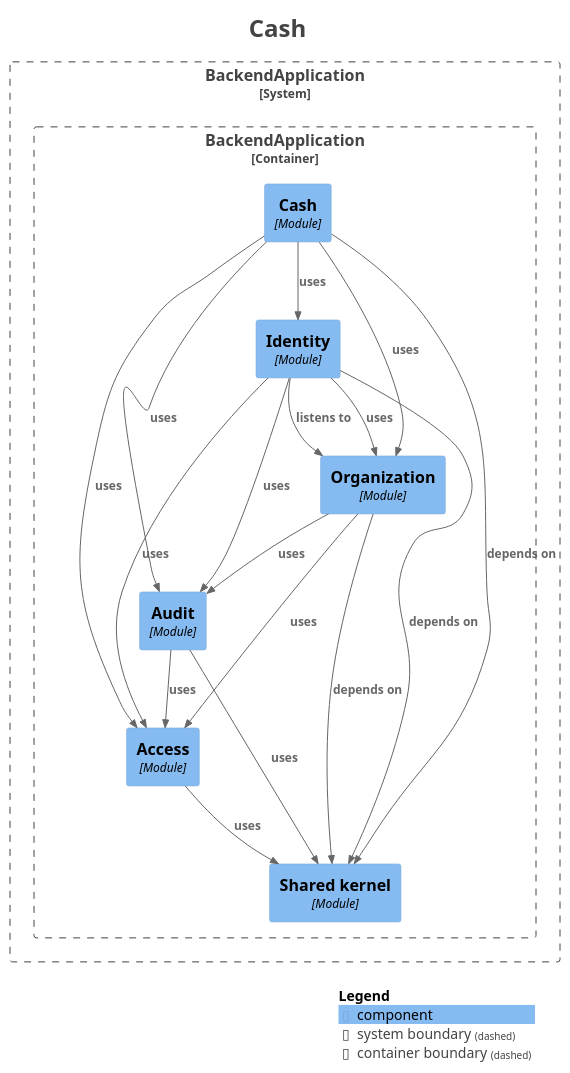
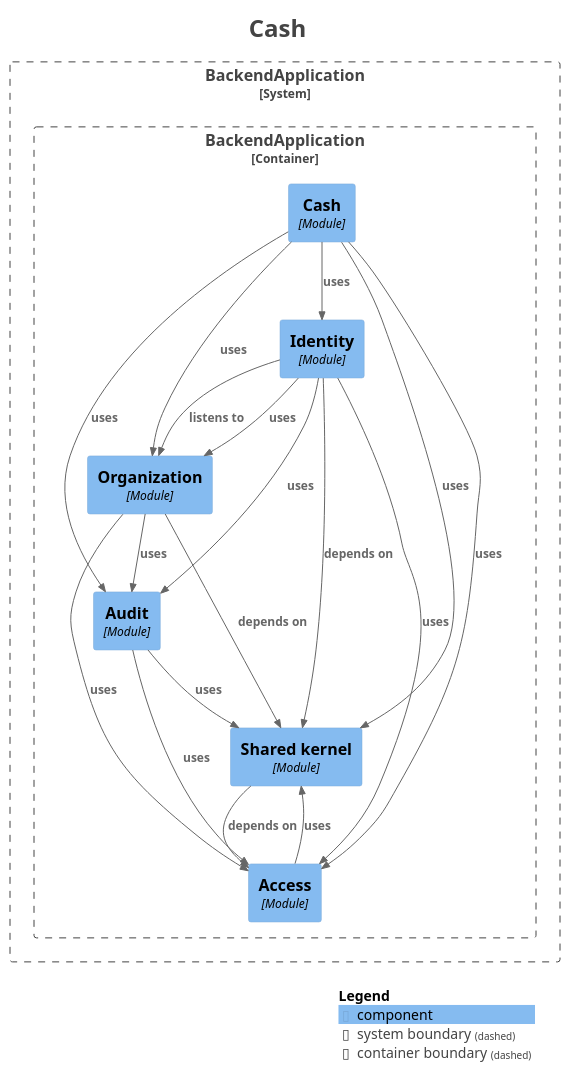
One commit to fxavier/restaurantePRO changed the diagram in docs/architecture/modules/module-cash.puml. Above: the diagram before and after it, drawn with PlantUML. The commit also changed 33 other files, not shown here.

```diff
--- a/docs/architecture/modules/module-cash.puml
+++ b/docs/architecture/modules/module-cash.puml
@@ -1,49 +1,50 @@
 @startuml
 title <size:24>Cash</size>
 
 set separator none
 top to bottom direction
 
 <style>
   root {
     BackgroundColor: #ffffff
     FontColor: #444444
   }
 </style>
 
 !include <C4/C4>
 !include <C4/C4_Context>
 !include <C4/C4_Component>
 
 System_Boundary("BackendApplication_boundary", "BackendApplication", $tags="") {
   Container_Boundary("BackendApplication.BackendApplication_boundary", "BackendApplication", $tags="") {
     Component(BackendApplication.BackendApplication.Identity, "Identity", $techn="Module", $descr="", $tags="", $link="")
-    Component(BackendApplication.BackendApplication.Cash, "Cash", $techn="Module", $descr="", $tags="", $link="")
+    Component(BackendApplication.BackendApplication.Organization, "Organization", $techn="Module", $descr="", $tags="", $link="")
     Component(BackendApplication.BackendApplication.Sharedkernel, "Shared kernel", $techn="Module", $descr="", $tags="", $link="")
     Component(BackendApplication.BackendApplication.Access, "Access", $techn="Module", $descr="", $tags="", $link="")
     Component(BackendApplication.BackendApplication.Audit, "Audit", $techn="Module", $descr="", $tags="", $link="")
-    Component(BackendApplication.BackendApplication.Organization, "Organization", $techn="Module", $descr="", $tags="", $link="")
+    Component(BackendApplication.BackendApplication.Cash, "Cash", $techn="Module", $descr="", $tags="", $link="")
   }
 
 }
 
-Rel(BackendApplication.BackendApplication.Organization, BackendApplication.BackendApplication.Sharedkernel, "depends on", $techn="", $tags="", $link="")
-Rel(BackendApplication.BackendApplication.Organization, BackendApplication.BackendApplication.Audit, "uses", $techn="", $tags="", $link="")
-Rel(BackendApplication.BackendApplication.Organization, BackendApplication.BackendApplication.Access, "uses", $techn="", $tags="", $link="")
-Rel(BackendApplication.BackendApplication.Cash, BackendApplication.BackendApplication.Sharedkernel, "depends on", $techn="", $tags="", $link="")
-Rel(BackendApplication.BackendApplication.Cash, BackendApplication.BackendApplication.Access, "uses", $techn="", $tags="", $link="")
-Rel(BackendApplication.BackendApplication.Cash, BackendApplication.BackendApplication.Audit, "uses", $techn="", $tags="", $link="")
-Rel(BackendApplication.BackendApplication.Cash, BackendApplication.BackendApplication.Organization, "uses", $techn="", $tags="", $link="")
 Rel(BackendApplication.BackendApplication.Cash, BackendApplication.BackendApplication.Identity, "uses", $techn="", $tags="", $link="")
-Rel(BackendApplication.BackendApplication.Audit, BackendApplication.BackendApplication.Access, "uses", $techn="", $tags="", $link="")
-Rel(BackendApplication.BackendApplication.Audit, BackendApplication.BackendApplication.Sharedkernel, "uses", $techn="", $tags="", $link="")
-Rel(BackendApplication.BackendApplication.Access, BackendApplication.BackendApplication.Sharedkernel, "uses", $techn="", $tags="", $link="")
+Rel(BackendApplication.BackendApplication.Cash, BackendApplication.BackendApplication.Sharedkernel, "uses", $techn="", $tags="", $link="")
 Rel(BackendApplication.BackendApplication.Identity, BackendApplication.BackendApplication.Organization, "listens to", $techn="", $tags="", $link="")
 Rel(BackendApplication.BackendApplication.Identity, BackendApplication.BackendApplication.Sharedkernel, "depends on", $techn="", $tags="", $link="")
 Rel(BackendApplication.BackendApplication.Identity, BackendApplication.BackendApplication.Access, "uses", $techn="", $tags="", $link="")
 Rel(BackendApplication.BackendApplication.Identity, BackendApplication.BackendApplication.Audit, "uses", $techn="", $tags="", $link="")
 Rel(BackendApplication.BackendApplication.Identity, BackendApplication.BackendApplication.Organization, "uses", $techn="", $tags="", $link="")
+Rel(BackendApplication.BackendApplication.Sharedkernel, BackendApplication.BackendApplication.Access, "depends on", $techn="", $tags="", $link="")
+Rel(BackendApplication.BackendApplication.Organization, BackendApplication.BackendApplication.Sharedkernel, "depends on", $techn="", $tags="", $link="")
+Rel(BackendApplication.BackendApplication.Organization, BackendApplication.BackendApplication.Audit, "uses", $techn="", $tags="", $link="")
+Rel(BackendApplication.BackendApplication.Organization, BackendApplication.BackendApplication.Access, "uses", $techn="", $tags="", $link="")
+Rel(BackendApplication.BackendApplication.Access, BackendApplication.BackendApplication.Sharedkernel, "uses", $techn="", $tags="", $link="")
+Rel(BackendApplication.BackendApplication.Audit, BackendApplication.BackendApplication.Access, "uses", $techn="", $tags="", $link="")
+Rel(BackendApplication.BackendApplication.Audit, BackendApplication.BackendApplication.Sharedkernel, "uses", $techn="", $tags="", $link="")
+Rel(BackendApplication.BackendApplication.Cash, BackendApplication.BackendApplication.Access, "uses", $techn="", $tags="", $link="")
+Rel(BackendApplication.BackendApplication.Cash, BackendApplication.BackendApplication.Audit, "uses", $techn="", $tags="", $link="")
+Rel(BackendApplication.BackendApplication.Cash, BackendApplication.BackendApplication.Organization, "uses", $techn="", $tags="", $link="")
 
 SHOW_LEGEND(true)
 hide stereotypes
 @enduml
```
